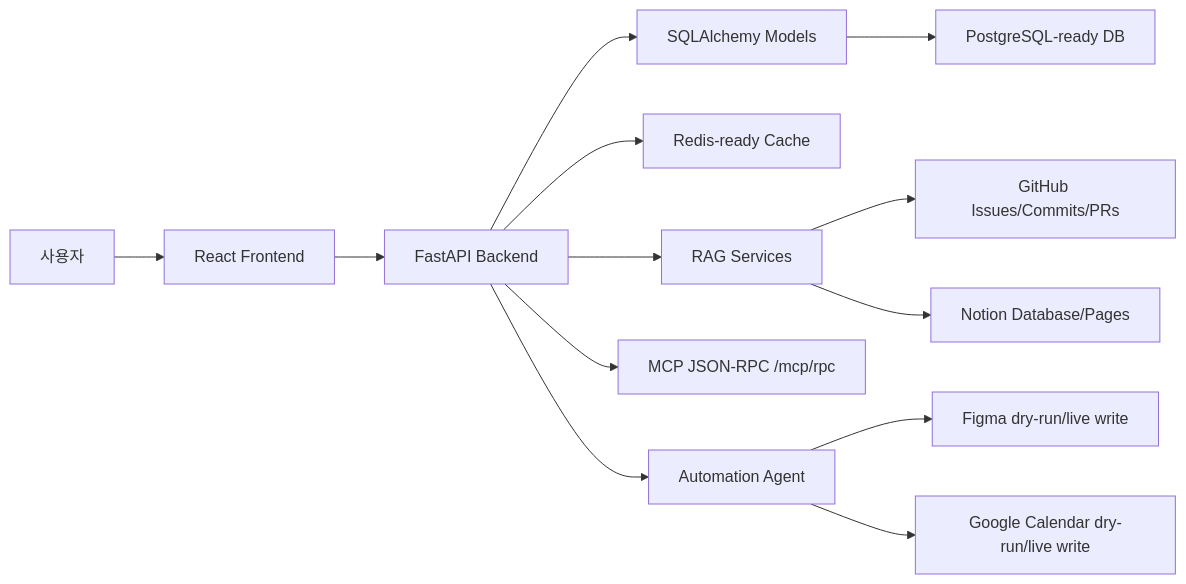
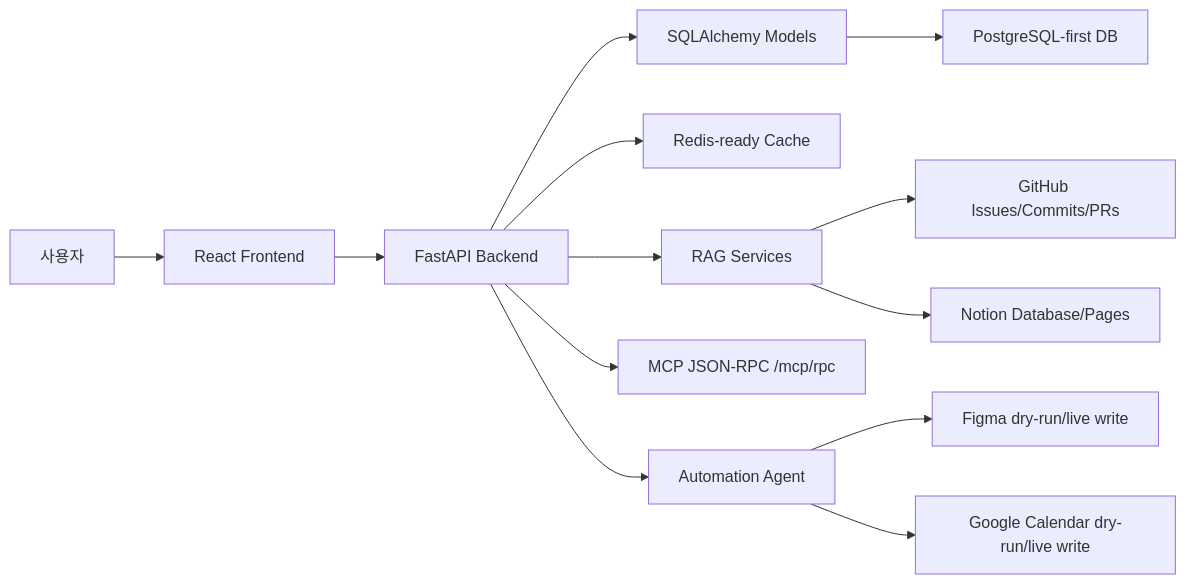
One commit to Wish-Upon-A-Star/ai-board-jungle changed the diagram in README.md. Above: the diagram before and after it, drawn with Mermaid. The commit also changed other lines of this file and 18 other files, not shown here.

Commit message:
Make PostgreSQL the app runtime default

````diff
--- a/README.md
+++ b/README.md
@@ -67,15 +67,15 @@
 ```mermaid
 flowchart LR
   User["사용자"] --> React["React Frontend"]
   React --> FastAPI["FastAPI Backend"]
   FastAPI --> SQLAlchemy["SQLAlchemy Models"]
-  SQLAlchemy --> PostgreSQL["PostgreSQL-ready DB"]
+  SQLAlchemy --> PostgreSQL["PostgreSQL-first DB"]
   FastAPI --> Redis["Redis-ready Cache"]
   FastAPI --> RAG["RAG Services"]
   FastAPI --> MCP["MCP JSON-RPC /mcp/rpc"]
   FastAPI --> Agent["Automation Agent"]
   RAG --> GitHub["GitHub Issues/Commits/PRs"]
   RAG --> Notion["Notion Database/Pages"]
   Agent --> Figma["Figma dry-run/live write"]
   Agent --> Calendar["Google Calendar dry-run/live write"]
 ```
````
